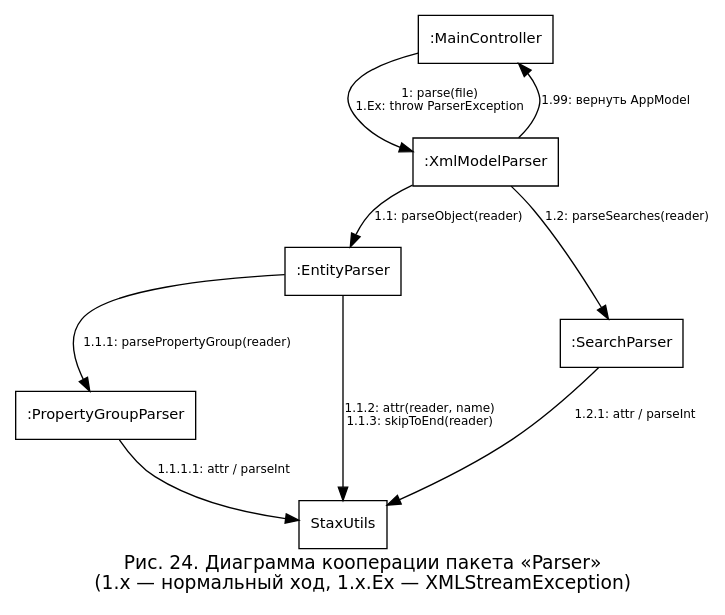
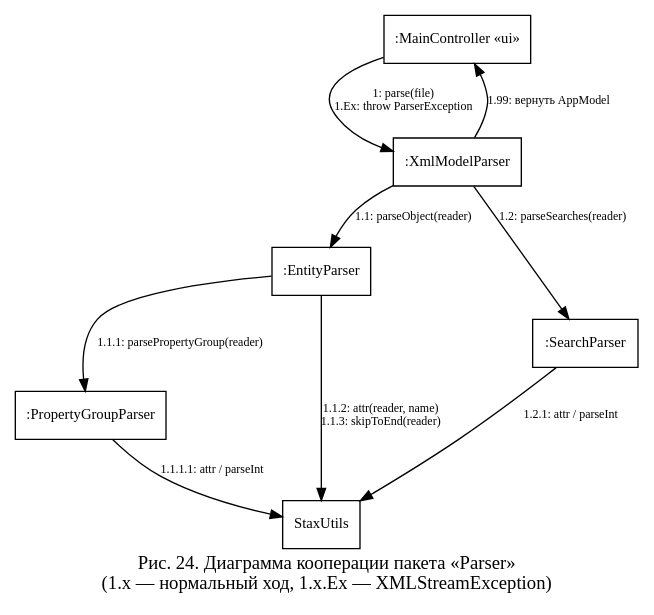
The diagram in diagrams/coop_parser.dot (nastolbov/AutoTestGeneratorUpdate), drawn with Graphviz before and after one commit. The commit also changed 47 other files, not shown here.

First line of the commit message:
diagrams: Liberation Serif (как Times New Roman), фикс множественности

```diff
--- a/diagrams/coop_parser.dot
+++ b/diagrams/coop_parser.dot
@@ -1,23 +1,23 @@
 digraph CoopParser {
-    rankdir=TB; fontname="DejaVu Sans"; fontsize=14;
+    rankdir=TB; fontname="Liberation Serif"; fontsize=14;
     label="Рис. 24. Диаграмма кооперации пакета «Parser»\n(1.x — нормальный ход, 1.x.Ex — XMLStreamException)"; labelloc=b;
-    nodesep=0.7;
-    node [fontname="DejaVu Sans", fontsize=11, shape=box, style=filled, fillcolor=white];
-    edge [color=black, fontname="DejaVu Sans", fontsize=9];
+    nodesep=0.8;
+    node [fontname="Liberation Serif", fontsize=11, shape=box, style=filled, fillcolor=white];
+    edge [color=black, fontname="Liberation Serif", fontsize=9, arrowsize=0.9];
 
-    MC   [label=":MainController"];
+    MC   [label=":MainController «ui»"];
     XMP  [label=":XmlModelParser"];
     EP   [label=":EntityParser"];
     PGP  [label=":PropertyGroupParser"];
     SP   [label=":SearchParser"];
     SU   [label="StaxUtils"];
 
     MC  -> XMP [label="1: parse(file)\n1.Ex: throw ParserException"];
     XMP -> EP  [label="1.1: parseObject(reader)"];
     XMP -> SP  [label="1.2: parseSearches(reader)"];
     EP  -> PGP [label="1.1.1: parsePropertyGroup(reader)"];
     EP  -> SU  [label="1.1.2: attr(reader, name)\n1.1.3: skipToEnd(reader)"];
     PGP -> SU  [label="1.1.1.1: attr / parseInt"];
     SP  -> SU  [label="1.2.1: attr / parseInt"];
     XMP -> MC  [label="1.99: вернуть AppModel"];
 }
```
